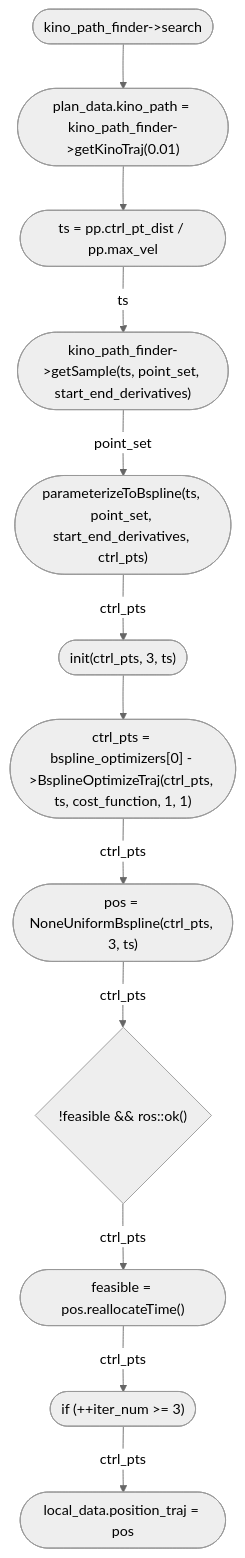
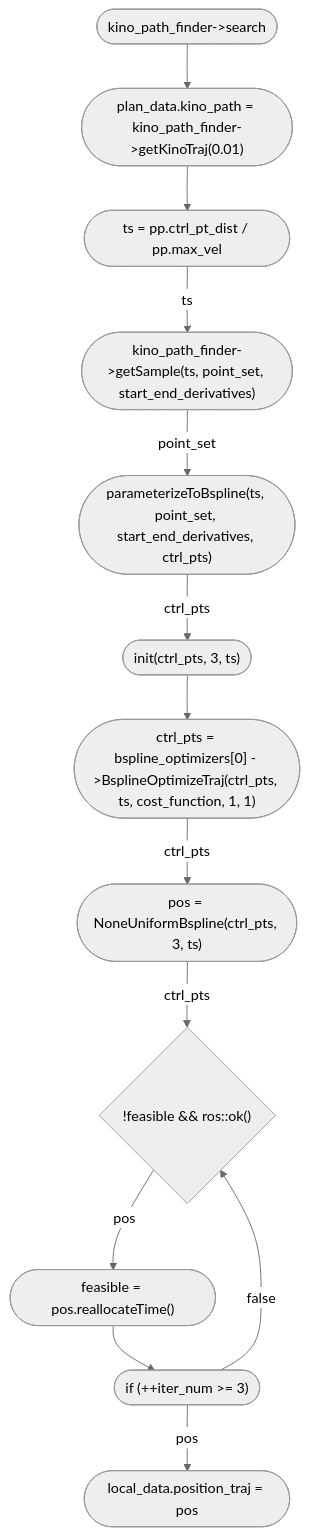
The second of 2 diagrams in sp_code/create_table.md (Dieptranivsr/drone_extend), drawn with Mermaid (neutral theme) before and after one commit.

````diff
--- a/sp_code/create_table.md
+++ b/sp_code/create_table.md
@@ -33,14 +33,15 @@
 ```mermaid
 flowchart TD
     id1(["kino_path_finder->search"]) --> id2(["plan_data.kino_path = kino_path_finder->getKinoTraj(0.01)"])
     id2 --> id3(["ts = pp.ctrl_pt_dist / pp.max_vel"])
     id3 --> |ts| id4(["kino_path_finder->getSample(ts, point_set, start_end_derivatives)"])
     id4 --> |point_set| id5(["parameterizeToBspline(ts, point_set, start_end_derivatives, ctrl_pts)"])
     id5 --> |ctrl_pts| id6(["init(ctrl_pts, 3, ts)"])
     id6 --> id7(["ctrl_pts = bspline_optimizers[0] - >BsplineOptimizeTraj(ctrl_pts, ts, cost_function, 1, 1)"])
     id7 --> |ctrl_pts| id8(["pos = NoneUniformBspline(ctrl_pts, 3, ts)"])
     id8 --> |ctrl_pts| id9{"!feasible && ros::ok()"}
-    id9 --> |ctrl_pts| id10(["feasible = pos.reallocateTime()"])
-    id10 --> |ctrl_pts| id11(["if (++iter_num >= 3) "])
-    id11 --> |ctrl_pts| id12(["local_data.position_traj = pos"])
+    id9 --> |pos| id10(["feasible = pos.reallocateTime()"])
+    id10 --> id11(["if (++iter_num >= 3) "])
+    id11 --> |false| id9
+    id11 --> |pos| id12(["local_data.position_traj = pos"])
 ```
````
